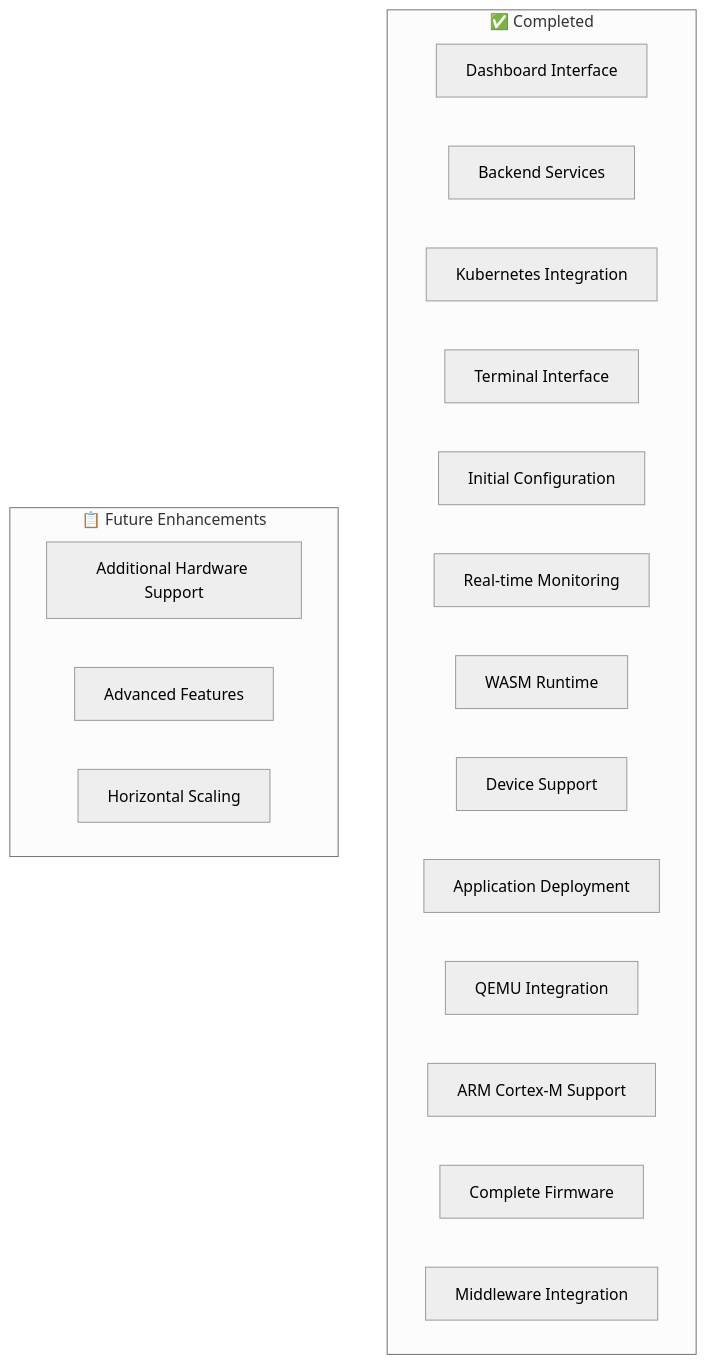
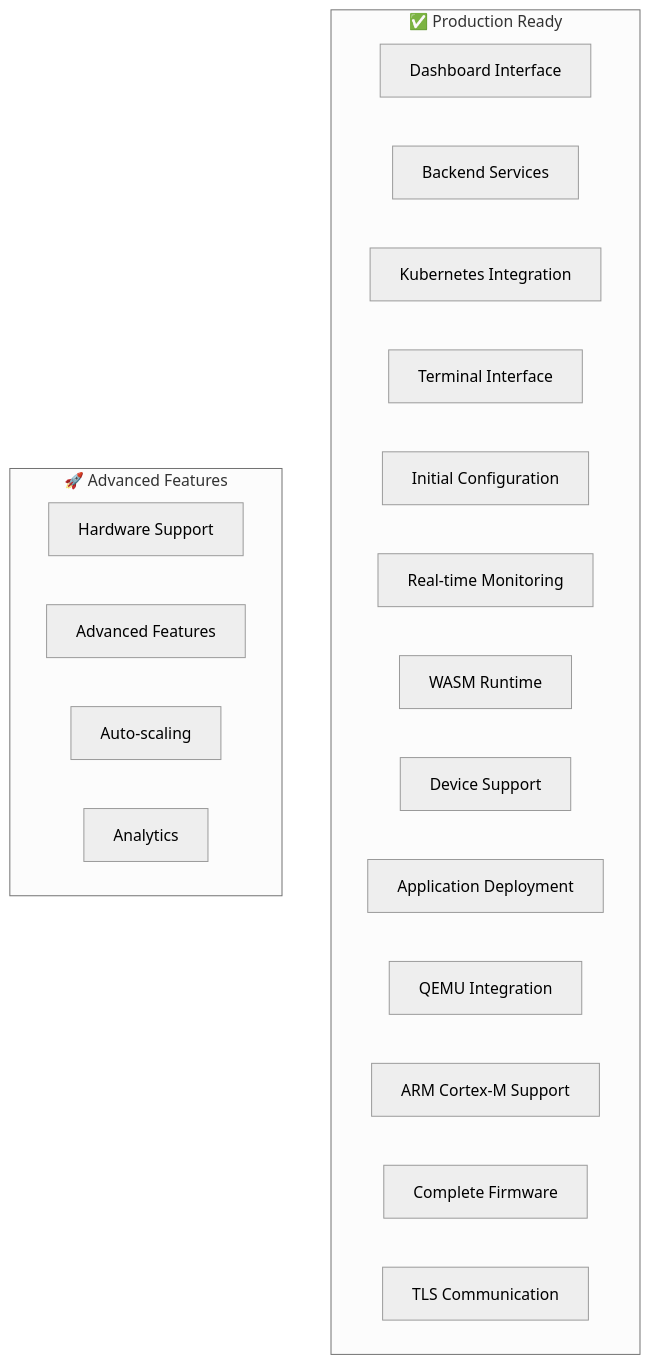
Before and after one commit to lucadagati/retrospect: diagram 11 of 11 in retrospect/README.md, drawn with Mermaid (neutral theme). The commit also changed other lines of this file and 12 other files, not shown here.

First line of the commit message:
📚 Update all documentation to reflect production-ready status

````diff
--- a/retrospect/README.md
+++ b/retrospect/README.md
@@ -481,24 +477,25 @@
 ```mermaid
 graph TB
-    subgraph "✅ Completed"
+    subgraph "✅ Production Ready"
         DASH[Dashboard Interface]
         API[Backend Services]
         K8S[Kubernetes Integration]
         TERM[Terminal Interface]
         CONFIG[Initial Configuration]
         MONITOR[Real-time Monitoring]
         WASM[WASM Runtime]
         DEVICE[Device Support]
         DEPLOY[Application Deployment]
         QEMU[QEMU Integration]
         ARM[ARM Cortex-M Support]
         FIRMWARE[Complete Firmware]
-        MIDDLEWARE[Middleware Integration]
+        TLS[TLS Communication]
     end
     
-    subgraph "📋 Future Enhancements"
-        HARDWARE[Additional Hardware Support]
+    subgraph "🚀 Advanced Features"
+        HARDWARE[Hardware Support]
         ADVANCED[Advanced Features]
-        SCALING[Horizontal Scaling]
+        SCALING[Auto-scaling]
+        ANALYTICS[Analytics]
     end
 ```
````
